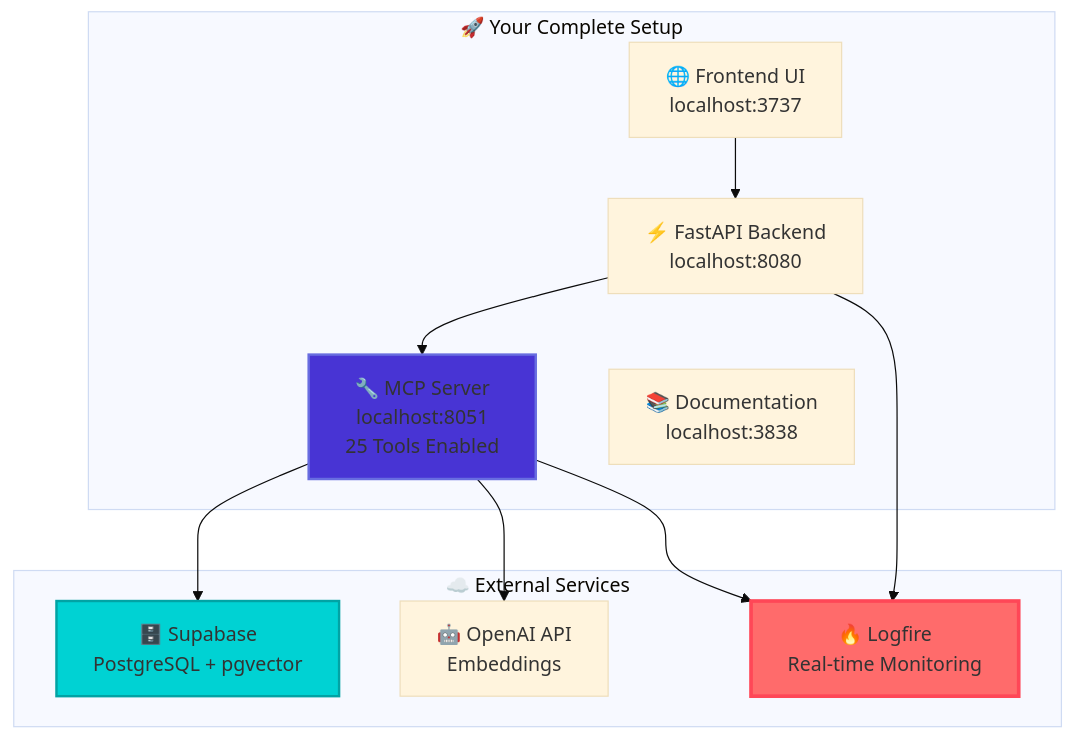
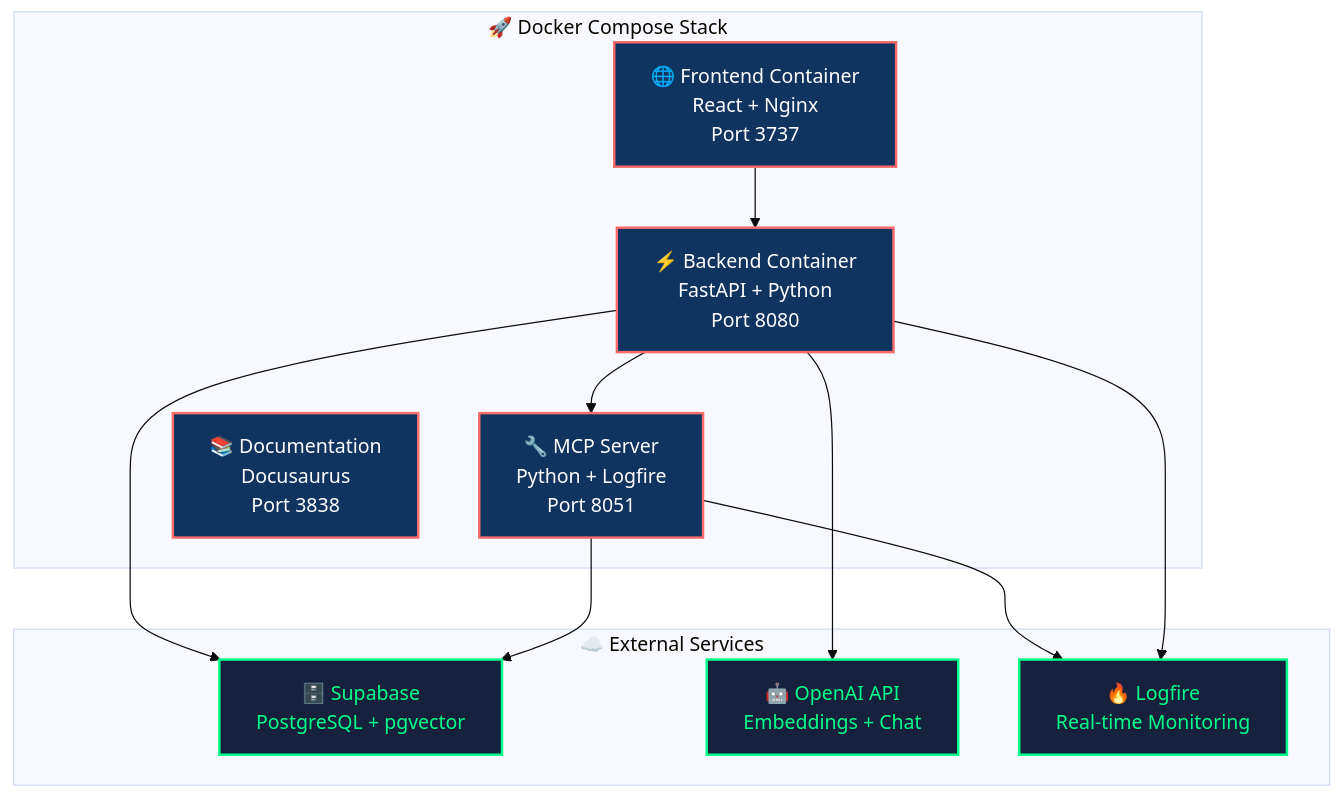
The diagram in docs/docs/getting-started.mdx (tarsonis125/mcp-crawl4ai-rag-ChromaDB-V1), drawn with Mermaid (base theme) before and after one commit. The commit also changed other lines of this file and 12 other files, not shown here.

Commit message:
feat: switch from MCP to direct API endpoint for subtask retrieval

````diff
--- a/docs/docs/getting-started.mdx
+++ b/docs/docs/getting-started.mdx
@@ -133,26 +143,30 @@
 ```mermaid
 graph TB
-    subgraph "🚀 Your Complete Setup"
-        UI["🌐 Frontend UI<br/>localhost:3737"]
-        API["⚡ FastAPI Backend<br/>localhost:8080"]
-        MCP["🔧 MCP Server<br/>localhost:8051<br/>25 Tools Enabled"]
-        Docs["📚 Documentation<br/>localhost:3838"]
+    subgraph "🚀 Docker Compose Stack"
+        Frontend["🌐 Frontend Container<br/>React + Nginx<br/>Port 3737"]
+        Backend["⚡ Backend Container<br/>FastAPI + Python<br/>Port 8080"]
+        MCP["🔧 MCP Server<br/>Python + Logfire<br/>Port 8051"]
+        Docs["📚 Documentation<br/>Docusaurus<br/>Port 3838"]
     end
 
     subgraph "☁️ External Services"
         Supabase["🗄️ Supabase<br/>PostgreSQL + pgvector"]
-        OpenAI["🤖 OpenAI API<br/>Embeddings"]
+        OpenAI["🤖 OpenAI API<br/>Embeddings + Chat"]
         Logfire["🔥 Logfire<br/>Real-time Monitoring"]
     end
 
-    UI --> API
-    API --> MCP
+    Frontend --> Backend
+    Backend --> MCP
+    Backend --> Supabase
+    Backend --> OpenAI
+    MCP --> Logfire
+    Backend --> Logfire
     MCP --> Supabase
-    MCP --> OpenAI
-    MCP --> Logfire
-    API --> Logfire
 
-    style Logfire fill:#ff6b6b,stroke:#ff4757,stroke-width:3px
-    style MCP fill:#4834d4,stroke:#686de0,stroke-width:2px
-    style Supabase fill:#00d2d3,stroke:#01a3a4,stroke-width:2px
+    classDef containerBox fill:#1a1a2e,stroke:#00d4ff,stroke-width:2px,color:#00d4ff
+    classDef externalBox fill:#16213e,stroke:#00ff88,stroke-width:2px,color:#00ff88
+    classDef coreService fill:#0f3460,stroke:#ff6b6b,stroke-width:2px,color:#ffffff
+    
+    class Frontend,Backend,MCP,Docs coreService
+    class Supabase,OpenAI,Logfire externalBox
 ```
````
